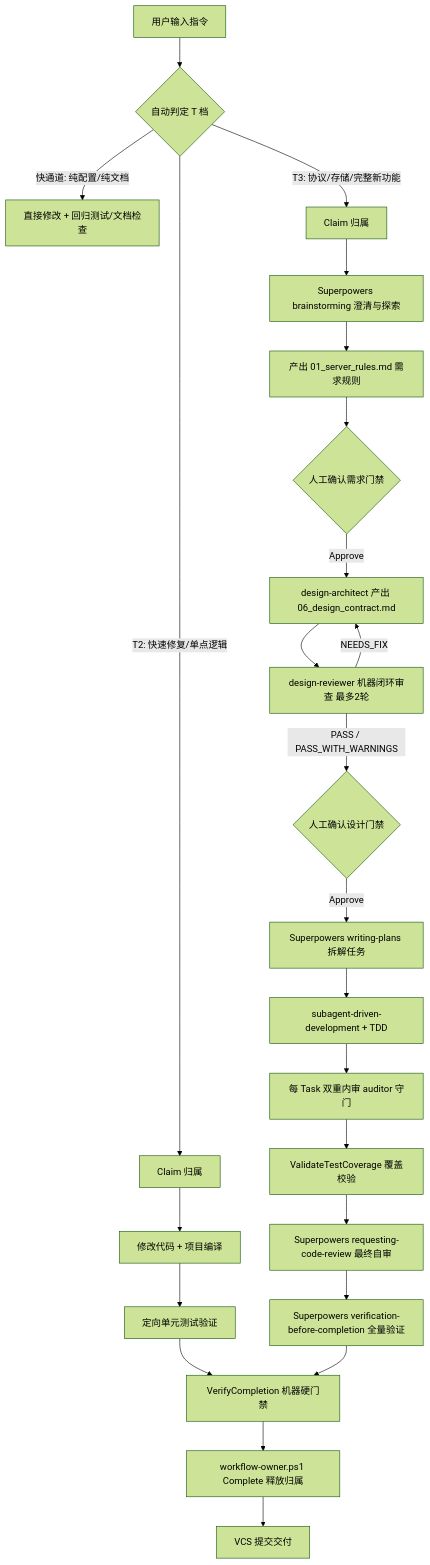
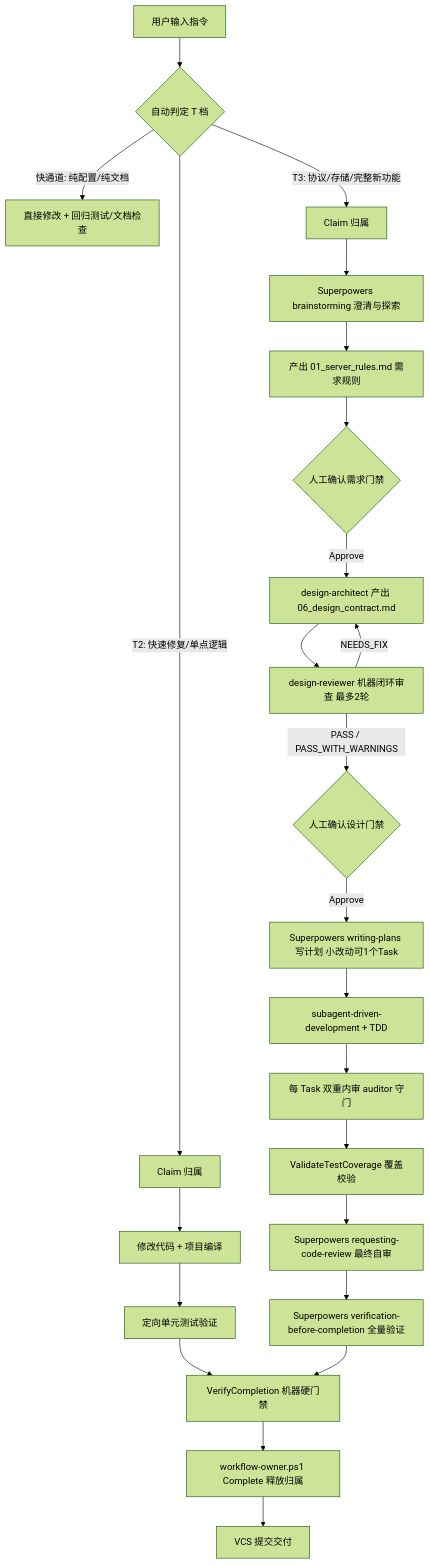
The diagram in SUPERPOWERS_MANUAL.md (jitawangzi/agent-sop), drawn with Mermaid (forest theme) before and after one commit. The commit also changed 5 other files, not shown here.

````diff
--- a/SUPERPOWERS_MANUAL.md
+++ b/SUPERPOWERS_MANUAL.md
@@ -29,30 +29,30 @@
 ```mermaid
 flowchart TD
     A[用户输入指令] --> B{自动判定 T 档}
     
     B -->|快通道: 纯配置/纯文档| C[直接修改 + 回归测试/文档检查]
     
     B -->|T2: 快速修复/单点逻辑| D[Claim 归属]
     D --> D1[修改代码 + 项目编译]
     D1 --> D2[定向单元测试验证]
     D2 --> S[VerifyCompletion 硬门禁检验]
     
     B -->|T3: 协议/存储/完整新功能| E[Claim 归属]
     E --> F[Superpowers brainstorming 澄清与探索]
     F --> G[产出 01_server_rules.md 需求规则]
     G --> H{人工确认需求门禁}
     H -->|Approve| I[design-architect 产出 06_design_contract.md]
     I --> J[design-reviewer 机器闭环审查 最多2轮]
     J -->|PASS / PASS_WITH_WARNINGS| K{人工确认设计门禁}
     J -->|NEEDS_FIX| I
-    K -->|Approve| L[Superpowers writing-plans 拆解任务]
+    K -->|Approve| L[Superpowers writing-plans 写计划 小改动可1个Task]
     L --> M[subagent-driven-development + TDD]
     M --> N[每 Task 双重内审 auditor 守门]
     N --> O[ValidateTestCoverage 覆盖校验]
     O --> P[Superpowers requesting-code-review 最终自审]
     P --> Q[Superpowers verification-before-completion 全量验证]
     Q --> S[VerifyCompletion 机器硬门禁]
     
     S --> T[workflow-owner.ps1 Complete 释放归属]
     T --> U[VCS 提交交付]
 ```
````
